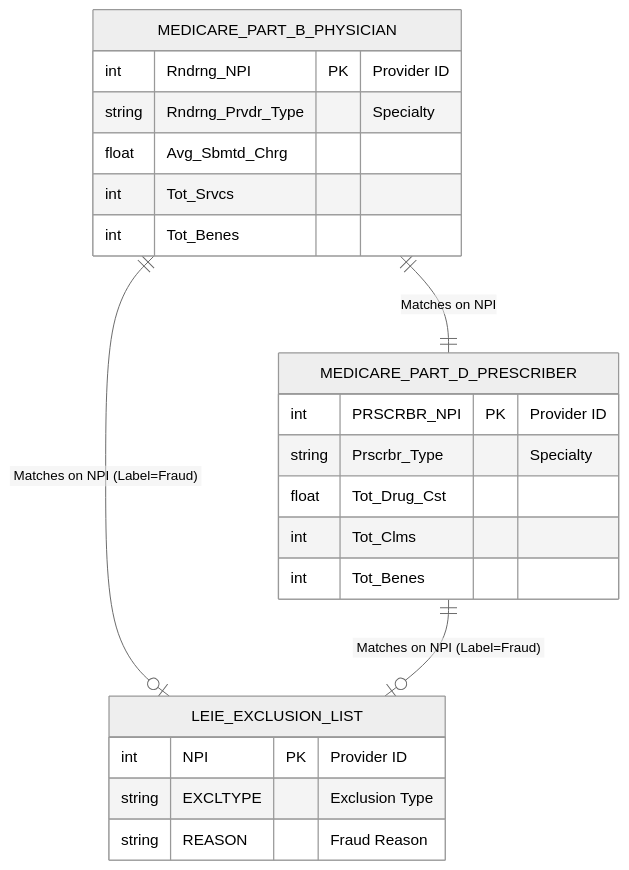
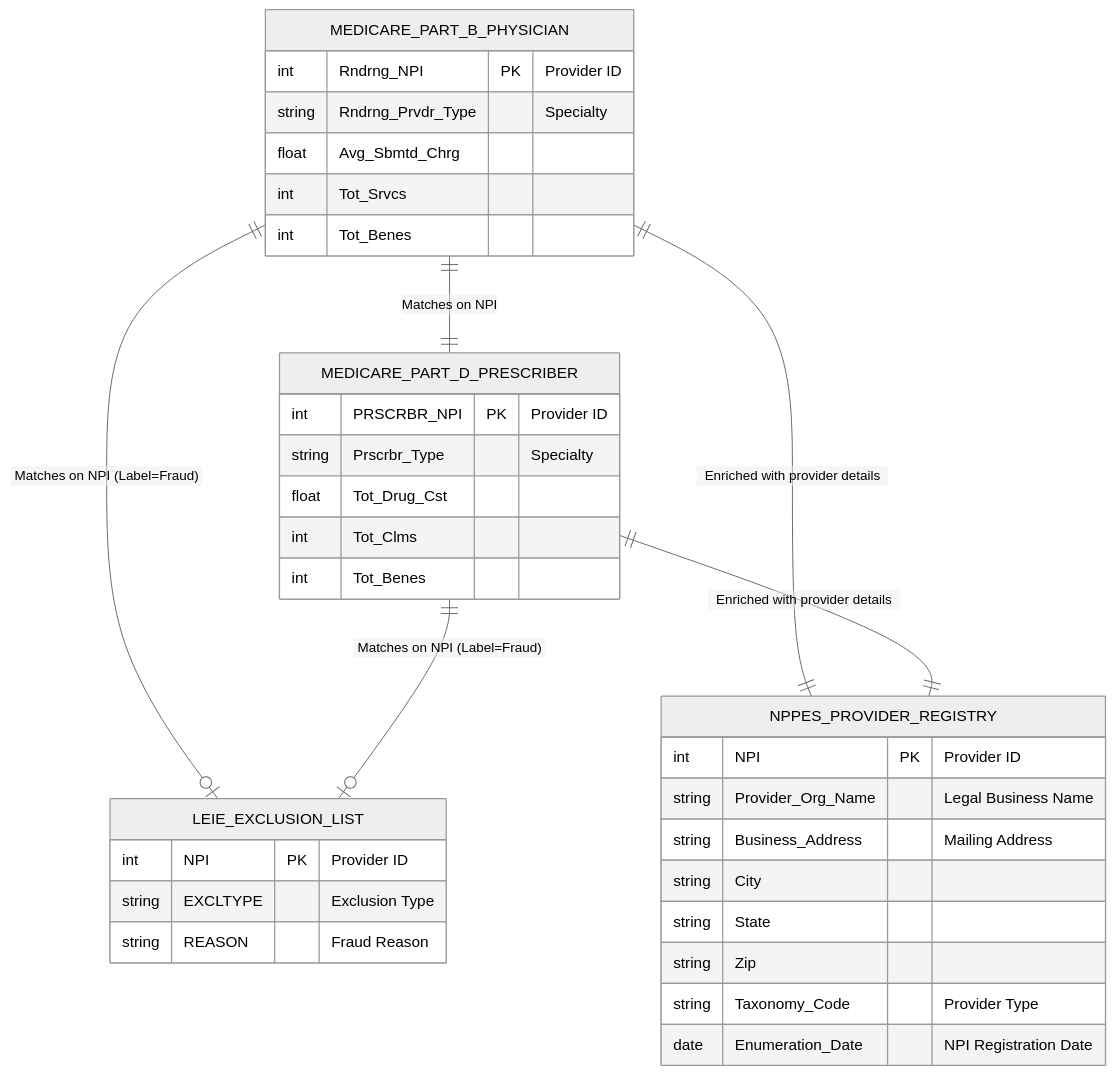
One commit to UCKalyan/HealthCareFraudDetection changed the fourth of 17 diagrams in docs/Healthcare_FraudGuard_Documentation_v2.md. Above: the diagram before and after it, drawn with Mermaid (neutral theme). The commit also changed other lines of this file, not shown here.

Commit message:
Add NPPES dataset to documentation diagrams and data sources

````diff
--- a/docs/Healthcare_FraudGuard_Documentation_v2.md
+++ b/docs/Healthcare_FraudGuard_Documentation_v2.md
@@ -931,28 +932,41 @@
 ```mermaid
 erDiagram
     MEDICARE_PART_B_PHYSICIAN {
         int Rndrng_NPI PK "Provider ID"
         string Rndrng_Prvdr_Type "Specialty"
         float Avg_Sbmtd_Chrg
         int Tot_Srvcs
         int Tot_Benes
     }
 
     MEDICARE_PART_D_PRESCRIBER {
         int PRSCRBR_NPI PK "Provider ID"
         string Prscrbr_Type "Specialty"
         float Tot_Drug_Cst
         int Tot_Clms
         int Tot_Benes
     }
 
     LEIE_EXCLUSION_LIST {
         int NPI PK "Provider ID"
         string EXCLTYPE "Exclusion Type"
         string REASON "Fraud Reason"
     }
 
+    NPPES_PROVIDER_REGISTRY {
+        int NPI PK "Provider ID"
+        string Provider_Org_Name "Legal Business Name"
+        string Business_Address "Mailing Address"
+        string City
+        string State
+        string Zip
+        string Taxonomy_Code "Provider Type"
+        date Enumeration_Date "NPI Registration Date"
+    }
+
     MEDICARE_PART_B_PHYSICIAN ||--|| MEDICARE_PART_D_PRESCRIBER : "Matches on NPI"
     MEDICARE_PART_B_PHYSICIAN ||--o| LEIE_EXCLUSION_LIST : "Matches on NPI (Label=Fraud)"
     MEDICARE_PART_D_PRESCRIBER ||--o| LEIE_EXCLUSION_LIST : "Matches on NPI (Label=Fraud)"
+    MEDICARE_PART_B_PHYSICIAN ||--|| NPPES_PROVIDER_REGISTRY : "Enriched with provider details"
+    MEDICARE_PART_D_PRESCRIBER ||--|| NPPES_PROVIDER_REGISTRY : "Enriched with provider details"
 ```
````
